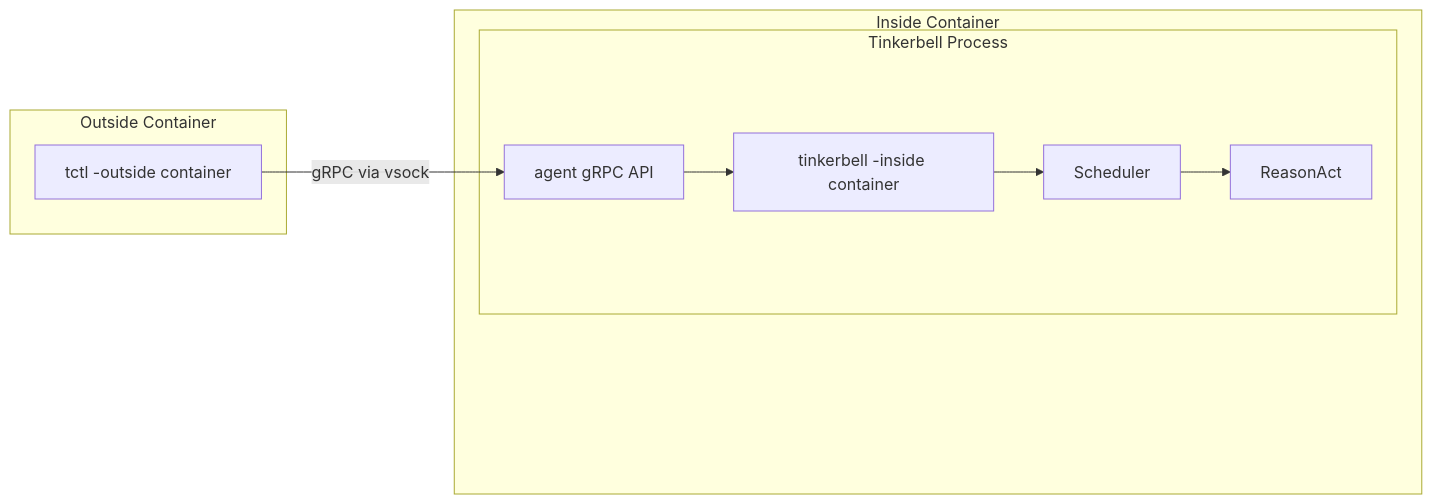
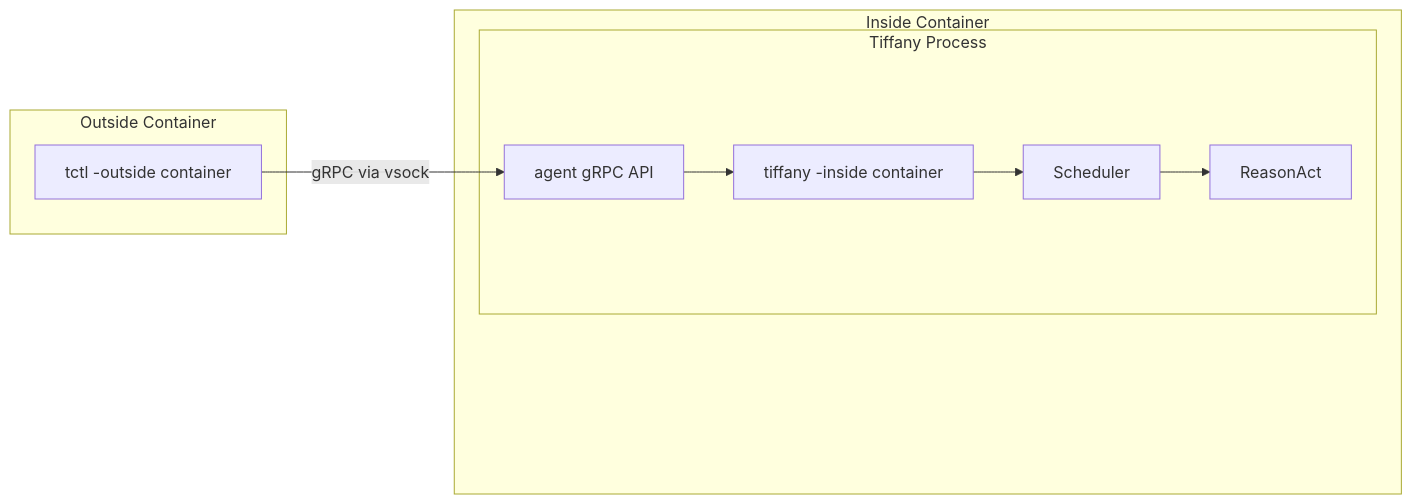
One commit to microscaler/tinkerbell changed the diagram in crates/cli/README.md. Above: the diagram before and after it, drawn with Mermaid. The commit also changed other lines of this file and 95 other files, not shown here.

First line of the commit message:
Rename Tinkerbell to Tiffany (#49)

`````diff
--- a/crates/cli/README.md
+++ b/crates/cli/README.md
@@ -21,25 +21,25 @@
 ```mermaid
 graph LR
   subgraph Outside Container
     CLI[tctl -outside container]
   end
   subgraph Inside Container
     %% Padding between containers
     PAD_OUT[" "]:::pad
 
-    subgraph Tinkerbell Process
+    subgraph Tiffany Process
         %% Add invisible nodes for padding
         PAD1[" "]:::pad
         API[agent gRPC API]
-        Agent[tinkerbell -inside container]
+        Agent[tiffany -inside container]
         Scheduler
         ReasonAct
         PAD2[" "]:::pad
     end
     PAD_OUT2[" "]:::pad
     classDef pad fill:transparent,stroke:transparent;
   end
 
   CLI -- gRPC via vsock --> API --> Agent
   Agent --> Scheduler --> ReasonAct
 ````
`````
